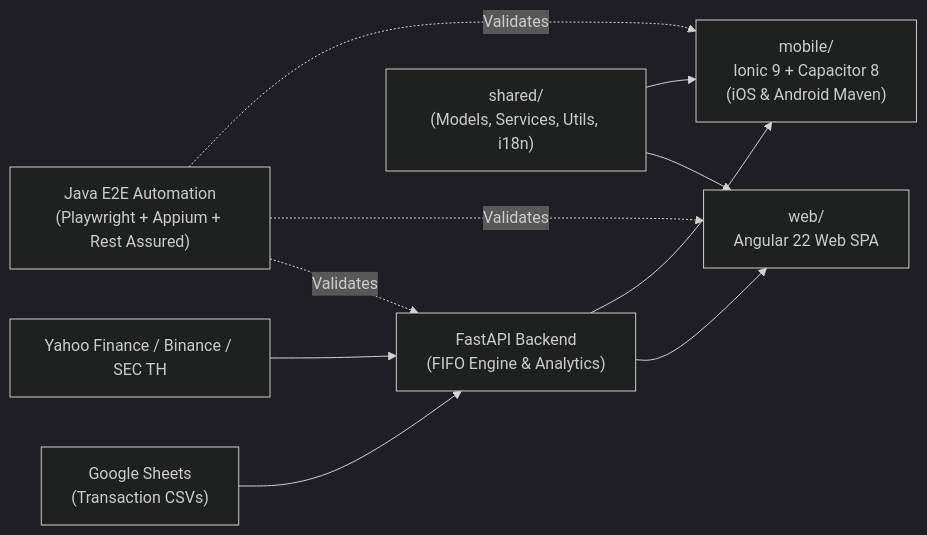
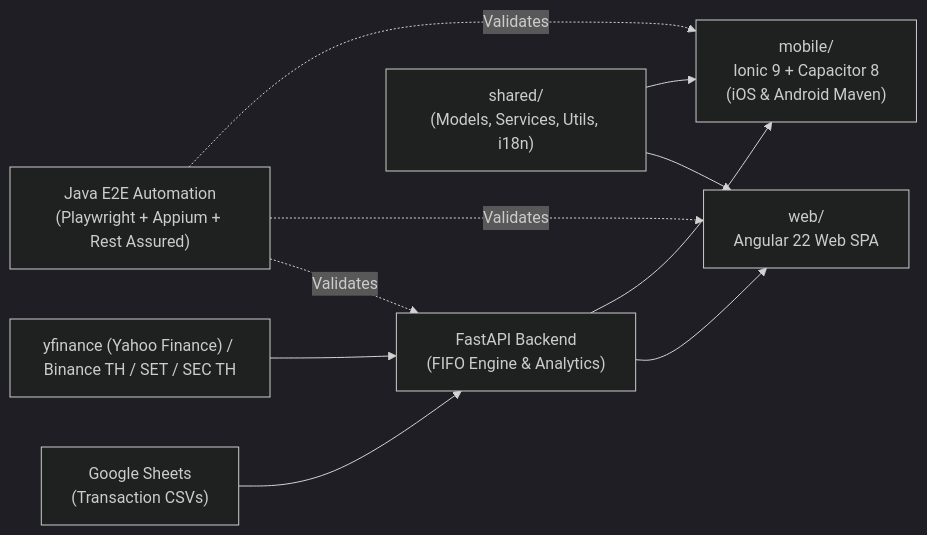
One commit to vipatpolk/SGSK-Wealth changed the diagram in README.md. Above: the diagram before and after it, drawn with Mermaid (dark theme). The commit also changed other lines of this file, not shown here.

Commit message:
docs: update README for yfinance backend migration

````diff
--- a/README.md
+++ b/README.md
@@ -40,12 +41,12 @@
 ```mermaid
 flowchart LR
     DataSources["Google Sheets\n(Transaction CSVs)"] --> Backend["FastAPI Backend\n(FIFO Engine & Analytics)"]
-    MarketData["Yahoo Finance / Binance / SEC TH"] --> Backend
+    MarketData["yfinance (Yahoo Finance) / Binance TH / SET / SEC TH"] --> Backend
     Shared["shared/\n(Models, Services, Utils, i18n)"] --> Web["web/\nAngular 22 Web SPA"]
     Shared --> Mobile["mobile/\nIonic 9 + Capacitor 8\n(iOS & Android Maven)"]
     Backend --> Web
     Backend --> Mobile
     E2E["Java E2E Automation\n(Playwright + Appium + Rest Assured)"] -. Validates .-> Backend
     E2E -. Validates .-> Web
     E2E -. Validates .-> Mobile
 ```
````
